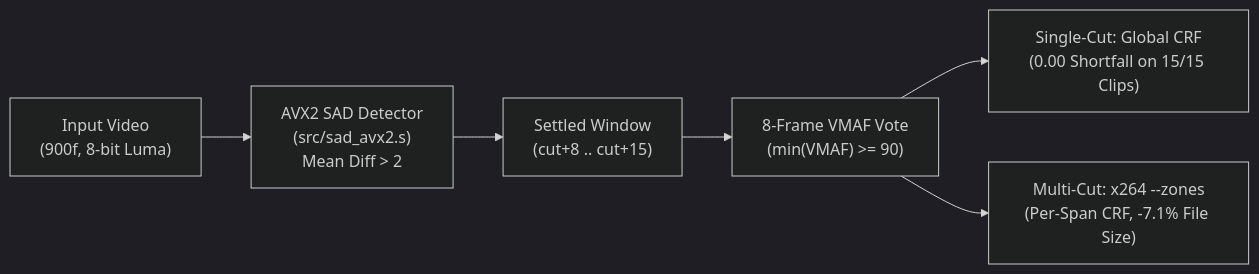
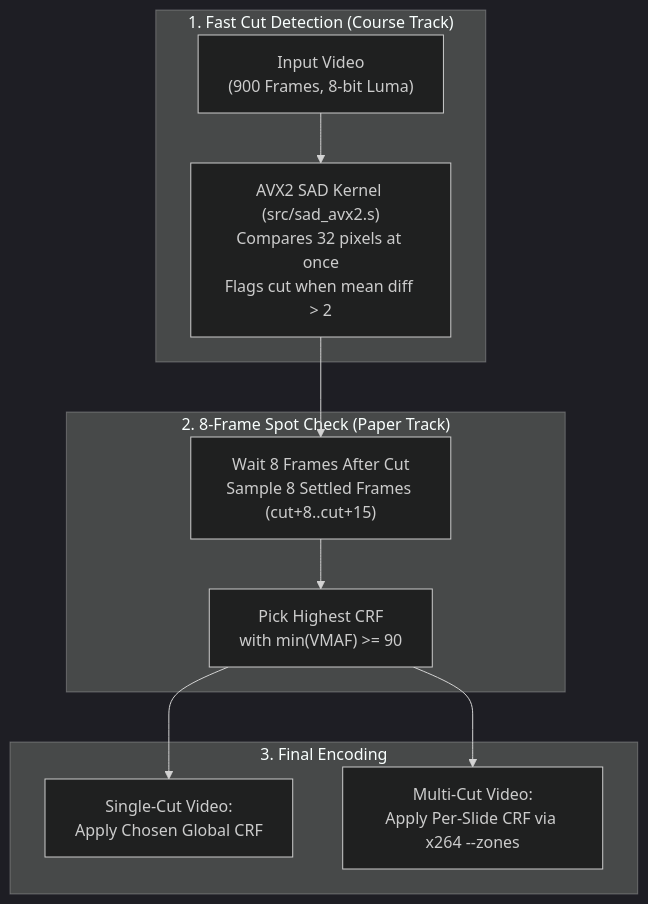
Before and after one commit to Khladyn/SCC-SegCRF: the second of 3 diagrams in README.md, drawn with Mermaid (dark theme). The commit also changed other lines of this file, not shown here.

````diff
--- a/README.md
+++ b/README.md
@@ -13,8 +30,14 @@
 ```mermaid
-flowchart LR
-    A["Input Video\n(900f, 8-bit Luma)"] --> B["AVX2 SAD Detector\n(src/sad_avx2.s)\nMean Diff > 2"]
-    B --> C["Settled Window\n(cut+8 .. cut+15)"]
-    C --> D["8-Frame VMAF Vote\n(min(VMAF) >= 90)"]
-    D --> E1["Single-Cut: Global CRF\n(0.00 Shortfall on 15/15 Clips)"]
-    D --> E2["Multi-Cut: x264 --zones\n(Per-Span CRF, -7.1% File Size)"]
+flowchart TD
+    subgraph Stage1["1. Fast Cut Detection (Course Track)"]
+        A["Input Video\n(900 Frames, 8-bit Luma)"] --> B["AVX2 SAD Kernel (src/sad_avx2.s)\nCompares 32 pixels at once\nFlags cut when mean diff > 2"]
+    end
+    subgraph Stage2["2. 8-Frame Spot Check (Paper Track)"]
+        B --> C["Wait 8 Frames After Cut\nSample 8 Settled Frames (cut+8..cut+15)"]
+        C --> D["Pick Highest CRF\nwith min(VMAF) >= 90"]
+    end
+    subgraph Stage3["3. Final Encoding"]
+        D --> E1["Single-Cut Video:\nApply Chosen Global CRF"]
+        D --> E2["Multi-Cut Video:\nApply Per-Slide CRF via x264 --zones"]
+    end
 ```
````
